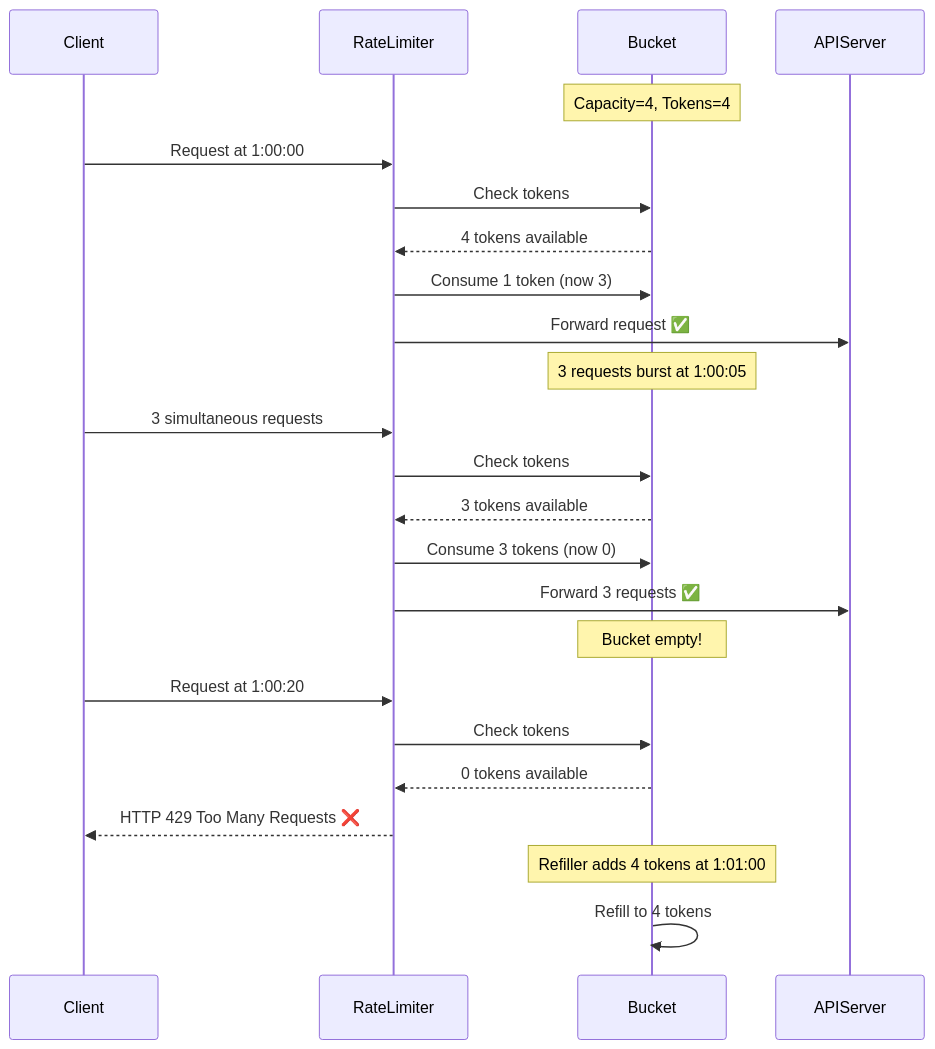
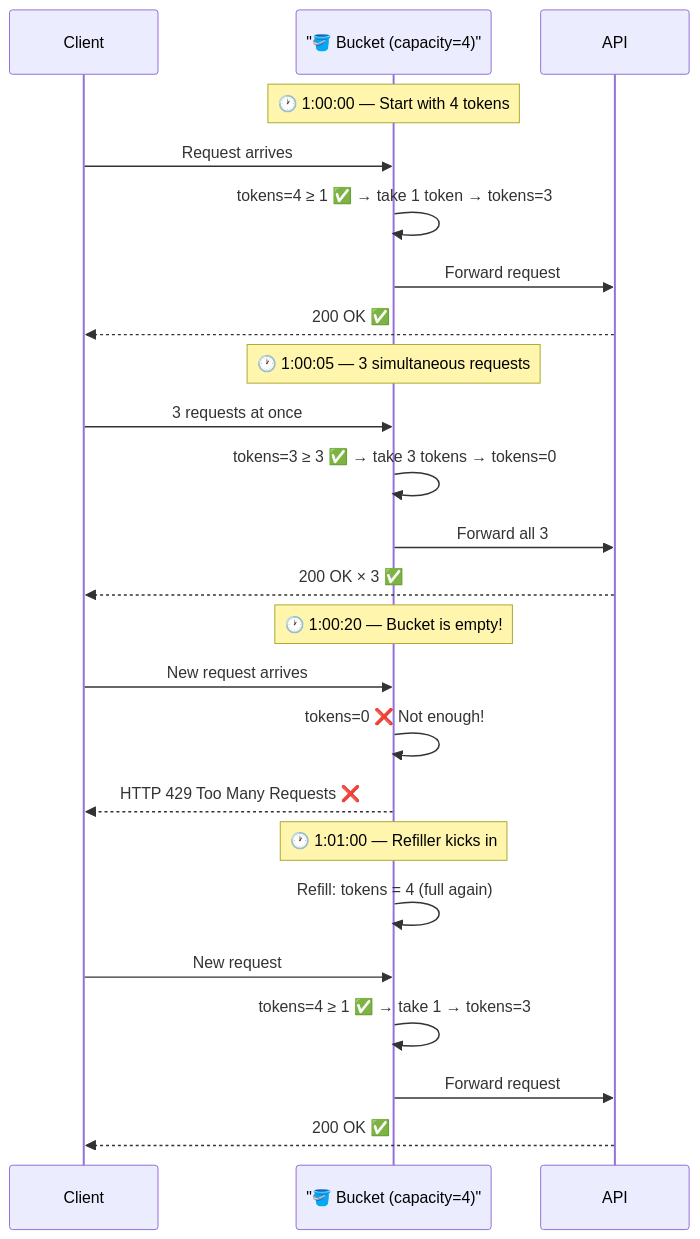
Before and after one commit to devops-monk/system-design-blog: the sixth of 26 diagrams in content/posts/2026/design-a-rate-limiter.md, drawn with Mermaid. The commit also changed other lines of this file, not shown here.

First line of the commit message:
feat: rewrite Chapter 4 rate limiter article — much more detailed

````diff
--- a/content/posts/2026/design-a-rate-limiter.md
+++ b/content/posts/2026/design-a-rate-limiter.md
@@ -107,30 +183,30 @@
 ```mermaid
 sequenceDiagram
     participant Client
-    participant RateLimiter
-    participant Bucket
-    participant APIServer
+    participant Bucket as "🪣 Bucket (capacity=4)"
+    participant API
 
-    Note over Bucket: Capacity=4, Tokens=4
-    Client->>RateLimiter: Request at 1:00:00
-    RateLimiter->>Bucket: Check tokens
-    Bucket-->>RateLimiter: 4 tokens available
-    RateLimiter->>Bucket: Consume 1 token (now 3)
-    RateLimiter->>APIServer: Forward request ✅
+    Note over Bucket: 🕐 1:00:00 — Start with 4 tokens
+    Client->>Bucket: Request arrives
+    Bucket->>Bucket: tokens=4 ≥ 1 ✅ → take 1 token → tokens=3
+    Bucket->>API: Forward request
+    API-->>Client: 200 OK ✅
 
-    Note over Bucket: 3 requests burst at 1:00:05
-    Client->>RateLimiter: 3 simultaneous requests
-    RateLimiter->>Bucket: Check tokens
-    Bucket-->>RateLimiter: 3 tokens available
-    RateLimiter->>Bucket: Consume 3 tokens (now 0)
-    RateLimiter->>APIServer: Forward 3 requests ✅
+    Note over Bucket: 🕐 1:00:05 — 3 simultaneous requests
+    Client->>Bucket: 3 requests at once
+    Bucket->>Bucket: tokens=3 ≥ 3 ✅ → take 3 tokens → tokens=0
+    Bucket->>API: Forward all 3
+    API-->>Client: 200 OK × 3 ✅
 
-    Note over Bucket: Bucket empty!
-    Client->>RateLimiter: Request at 1:00:20
-    RateLimiter->>Bucket: Check tokens
-    Bucket-->>RateLimiter: 0 tokens available
-    RateLimiter-->>Client: HTTP 429 Too Many Requests ❌
+    Note over Bucket: 🕐 1:00:20 — Bucket is empty!
+    Client->>Bucket: New request arrives
+    Bucket->>Bucket: tokens=0 ❌ Not enough!
+    Bucket-->>Client: HTTP 429 Too Many Requests ❌
 
-    Note over Bucket: Refiller adds 4 tokens at 1:01:00
-    Bucket->>Bucket: Refill to 4 tokens
+    Note over Bucket: 🕐 1:01:00 — Refiller kicks in
+    Bucket->>Bucket: Refill: tokens = 4 (full again)
+    Client->>Bucket: New request
+    Bucket->>Bucket: tokens=4 ≥ 1 ✅ → take 1 → tokens=3
+    Bucket->>API: Forward request
+    API-->>Client: 200 OK ✅
 ```
````
